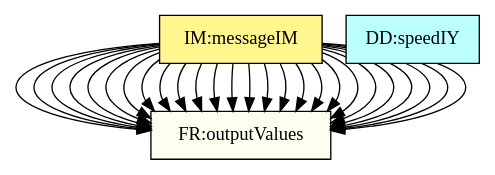
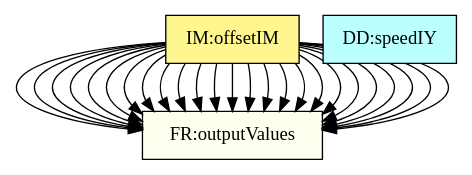
Before and after one commit to JacquesCarette/Drasil: the diagram in code/stable/projectile/TraceyGraph/avsall.dot, drawn with Graphviz. The commit also changed 66 other files, not shown here.

Commit message:
Remove Projectile's output message IM

```diff
--- a/code/stable/projectile/TraceyGraph/avsall.dot
+++ b/code/stable/projectile/TraceyGraph/avsall.dot
@@ -1,104 +1,102 @@
 digraph avsall {
 	theory:projSpeed -> instance:pointMass;
 	theory:projSpeed -> instance:timeStartZero;
 	theory:projPos -> instance:pointMass;
 	theory:projPos -> instance:timeStartZero;
 	theory:velocity -> instance:twoDMotion;
 	theory:velocity -> instance:cartSyst;
 	theory:velocity -> instance:constAccel;
 	theory:velocity -> instance:timeStartZero;
 	theory:position -> instance:twoDMotion;
 	theory:position -> instance:cartSyst;
 	theory:position -> instance:constAccel;
 	theory:position -> instance:timeStartZero;
 	theory:flightduration -> instance:yAxisGravity;
 	theory:flightduration -> instance:launchOrigin;
 	theory:flightduration -> instance:targetXAxis;
 	theory:flightduration -> instance:posXDirection;
 	theory:flightduration -> instance:accelYGravity;
 	theory:flightduration -> instance:timeStartZero;
 	theory:flightduration -> instance:gravAccelValue;
 	theory:landingposition -> instance:yAxisGravity;
 	theory:landingposition -> instance:launchOrigin;
 	theory:landingposition -> instance:posXDirection;
 	theory:landingposition -> instance:accelXZero;
 	theory:landingposition -> instance:gravAccelValue;
 	theory:offset -> instance:posXDirection;
-	theory:outputMessage -> instance:posXDirection;
 
 
 	instance:twoDMotion	[shape=box, color=black, style=filled, fillcolor=mistyrose, label="A:twoDMotion"];
 	instance:cartSyst	[shape=box, color=black, style=filled, fillcolor=mistyrose, label="A:cartSyst"];
 	instance:yAxisGravity	[shape=box, color=black, style=filled, fillcolor=mistyrose, label="A:yAxisGravity"];
 	instance:launchOrigin	[shape=box, color=black, style=filled, fillcolor=mistyrose, label="A:launchOrigin"];
 	instance:targetXAxis	[shape=box, color=black, style=filled, fillcolor=mistyrose, label="A:targetXAxis"];
 	instance:posXDirection	[shape=box, color=black, style=filled, fillcolor=mistyrose, label="A:posXDirection"];
 	instance:constAccel	[shape=box, color=black, style=filled, fillcolor=mistyrose, label="A:constAccel"];
 	instance:accelXZero	[shape=box, color=black, style=filled, fillcolor=mistyrose, label="A:accelXZero"];
 	instance:accelYGravity	[shape=box, color=black, style=filled, fillcolor=mistyrose, label="A:accelYGravity"];
 	instance:neglectDrag	[shape=box, color=black, style=filled, fillcolor=mistyrose, label="A:neglectDrag"];
 	instance:pointMass	[shape=box, color=black, style=filled, fillcolor=mistyrose, label="A:pointMass"];
 	instance:freeFlight	[shape=box, color=black, style=filled, fillcolor=mistyrose, label="A:freeFlight"];
 	instance:neglectCurv	[shape=box, color=black, style=filled, fillcolor=mistyrose, label="A:neglectCurv"];
 	instance:timeStartZero	[shape=box, color=black, style=filled, fillcolor=mistyrose, label="A:timeStartZero"];
 	instance:gravAccelValue	[shape=box, color=black, style=filled, fillcolor=mistyrose, label="A:gravAccelValue"];
 
 	subgraph A {
 	rank="same"
 	{instance:twoDMotion, instance:cartSyst, instance:yAxisGravity, instance:launchOrigin, instance:targetXAxis, instance:posXDirection, instance:constAccel, instance:accelXZero, instance:accelYGravity, instance:neglectDrag, instance:pointMass, instance:freeFlight, instance:neglectCurv, instance:timeStartZero, instance:gravAccelValue}
 	}
 
 	dataDefn:speed	[shape=box, color=black, style=filled, fillcolor=paleturquoise1, label="DD:vecMag"];
 	dataDefn:ixVel	[shape=box, color=black, style=filled, fillcolor=paleturquoise1, label="DD:speedIX"];
 	dataDefn:iyVel	[shape=box, color=black, style=filled, fillcolor=paleturquoise1, label="DD:speedIY"];
 
 	subgraph DD {
 	rank="same"
 	{dataDefn:speed, dataDefn:ixVel, dataDefn:iyVel}
 	}
 
 	theory:accelerationTM	[shape=box, color=black, style=filled, fillcolor=pink, label="TM:acceleration"];
 	theory:velocityTM	[shape=box, color=black, style=filled, fillcolor=pink, label="TM:velocity"];
 
 	subgraph TM {
 	rank="same"
 	{theory:accelerationTM, theory:velocityTM}
 	}
 
 	theory:projSpeed	[shape=box, color=black, style=filled, fillcolor=palegreen, label="GD:rectVel"];
 	theory:projPos	[shape=box, color=black, style=filled, fillcolor=palegreen, label="GD:rectPos"];
 	theory:velocity	[shape=box, color=black, style=filled, fillcolor=palegreen, label="GD:velVec"];
 	theory:position	[shape=box, color=black, style=filled, fillcolor=palegreen, label="GD:posVec"];
 
 	subgraph GD {
 	rank="same"
 	{theory:projSpeed, theory:projPos, theory:velocity, theory:position}
 	}
 
 	theory:flightduration	[shape=box, color=black, style=filled, fillcolor=khaki1, label="IM:calOfLandingTime"];
 	theory:landingposition	[shape=box, color=black, style=filled, fillcolor=khaki1, label="IM:calOfLandingDist"];
 	theory:offset	[shape=box, color=black, style=filled, fillcolor=khaki1, label="IM:offsetIM"];
-	theory:outputMessage	[shape=box, color=black, style=filled, fillcolor=khaki1, label="IM:messageIM"];
 
 	subgraph IM {
 	rank="same"
-	{theory:flightduration, theory:landingposition, theory:offset, theory:outputMessage}
+	{theory:flightduration, theory:landingposition, theory:offset}
 	}
 
 	instance:correct	[shape=box, color=black, style=filled, fillcolor=ivory, label="NFR:correct"];
 	instance:verifiable	[shape=box, color=black, style=filled, fillcolor=ivory, label="NFR:verifiable"];
 	instance:understandable	[shape=box, color=black, style=filled, fillcolor=ivory, label="NFR:understandable"];
 	instance:reusable	[shape=box, color=black, style=filled, fillcolor=ivory, label="NFR:reusable"];
 	instance:maintainable	[shape=box, color=black, style=filled, fillcolor=ivory, label="NFR:maintainable"];
 	instance:portable	[shape=box, color=black, style=filled, fillcolor=ivory, label="NFR:portable"];
 	instance:inputValues	[shape=box, color=black, style=filled, fillcolor=ivory, label="FR:inputValues"];
 	instance:verifyInVals	[shape=box, color=black, style=filled, fillcolor=ivory, label="FR:verifyInVals"];
 	instance:calcValues	[shape=box, color=black, style=filled, fillcolor=ivory, label="FR:calcValues"];
 	instance:outputValues	[shape=box, color=black, style=filled, fillcolor=ivory, label="FR:outputValues"];
 
 	subgraph NFR {
 	rank="same"
 	{instance:correct, instance:verifiable, instance:understandable, instance:reusable, instance:maintainable, instance:portable, instance:inputValues, instance:verifyInVals, instance:calcValues, instance:outputValues}
 	}
 
 }
```
